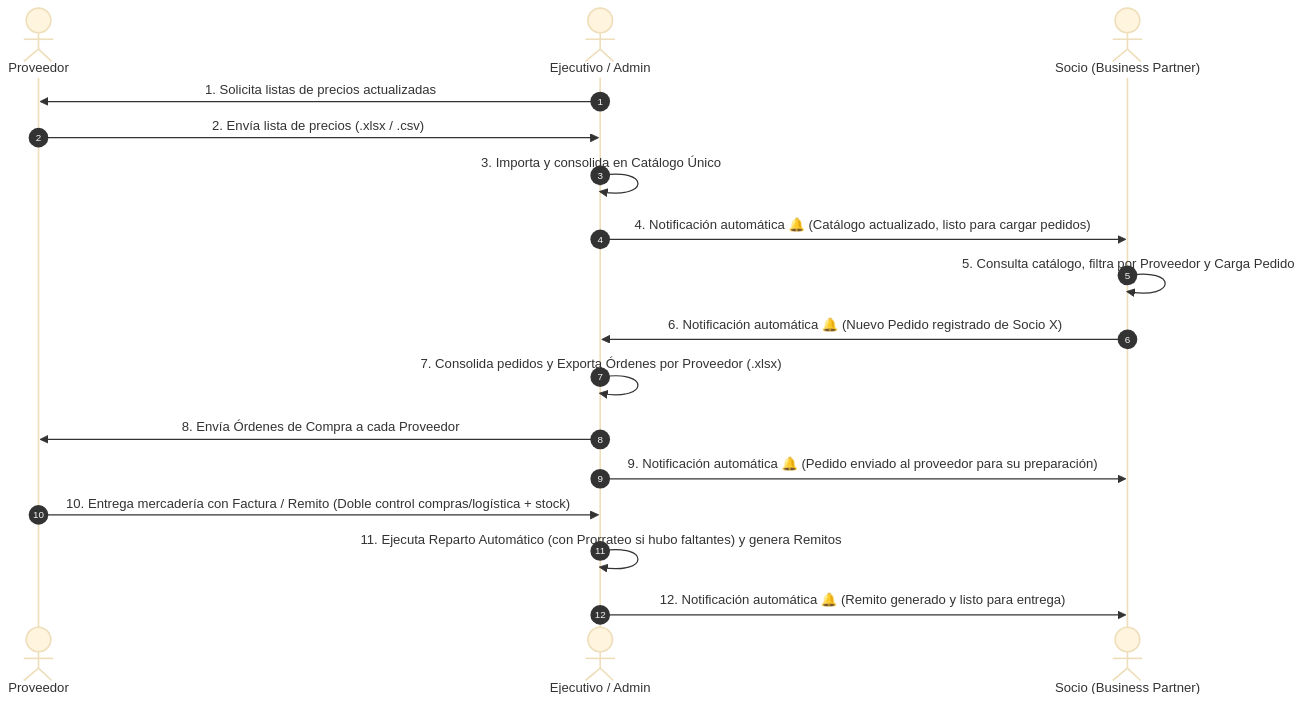
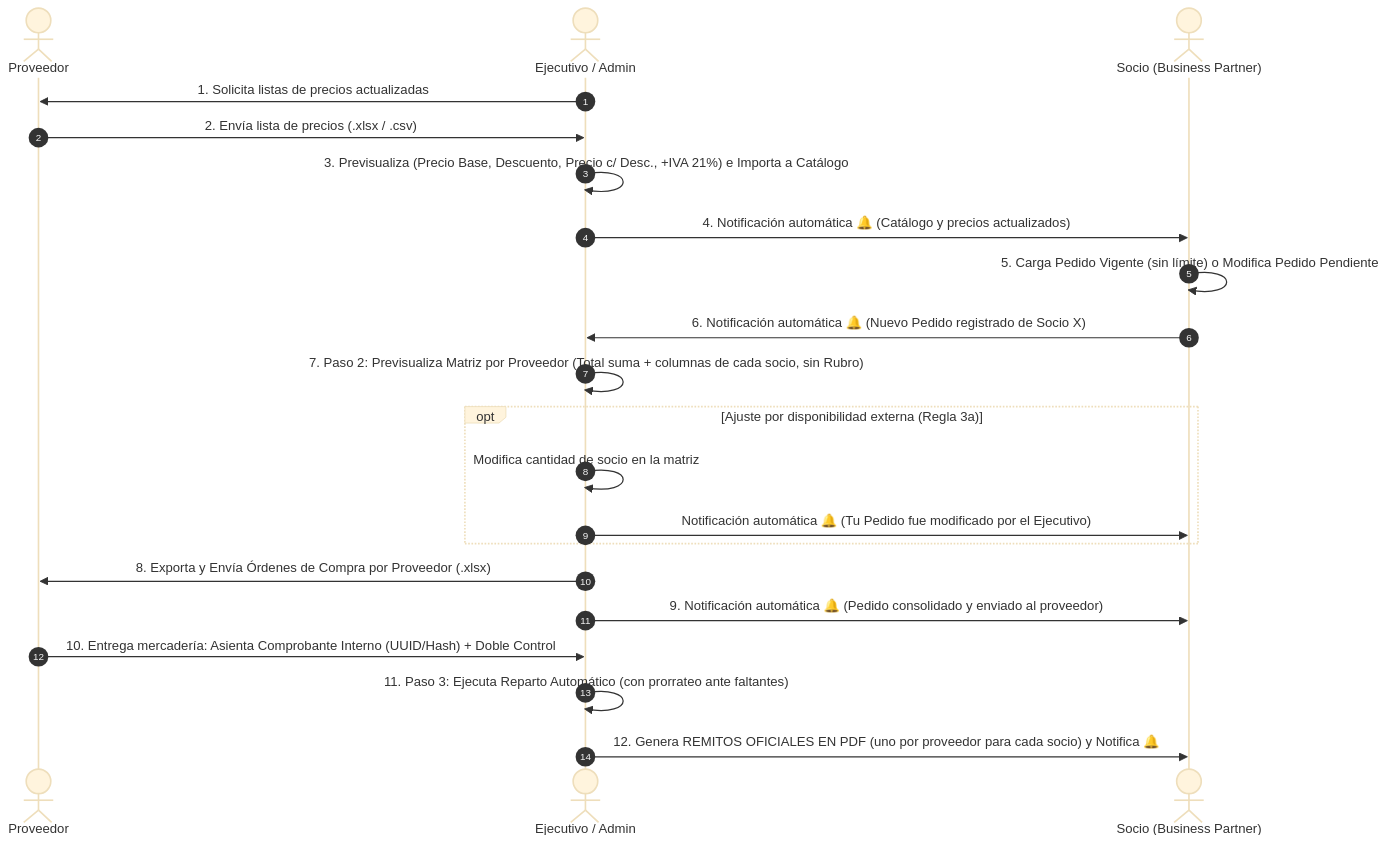
Before and after one commit to benitezluciano/rosario-compras-sistema: the diagram in 🔄 El Circuito Completo Refinado (11 Pasos).md, drawn with Mermaid (base theme). The commit also changed other lines of this file and 32 other files, not shown here.

````diff
--- a/🔄 El Circuito Completo Refinado (11 Pasos).md
+++ b/🔄 El Circuito Completo Refinado (11 Pasos).md
@@ -9,20 +9,24 @@
 ```mermaid
 sequenceDiagram
     autonumber
     actor Prov as Proveedor
     actor Ejec as Ejecutivo / Admin
     actor Socio as Socio (Business Partner)
 
     Ejec->>Prov: 1. Solicita listas de precios actualizadas
     Prov->>Ejec: 2. Envía lista de precios (.xlsx / .csv)
-    Ejec->>Ejec: 3. Importa y consolida en Catálogo Único
-    Ejec->>Socio: 4. Notificación automática 🔔 (Catálogo actualizado, listo para cargar pedidos)
-    Socio->>Socio: 5. Consulta catálogo, filtra por Proveedor y Carga Pedido
+    Ejec->>Ejec: 3. Previsualiza (Precio Base, Descuento, Precio c/ Desc., +IVA 21%) e Importa a Catálogo
+    Ejec->>Socio: 4. Notificación automática 🔔 (Catálogo y precios actualizados)
+    Socio->>Socio: 5. Carga Pedido Vigente (sin límite) o Modifica Pedido Pendiente
     Socio->>Ejec: 6. Notificación automática 🔔 (Nuevo Pedido registrado de Socio X)
-    Ejec->>Ejec: 7. Consolida pedidos y Exporta Órdenes por Proveedor (.xlsx)
-    Ejec->>Prov: 8. Envía Órdenes de Compra a cada Proveedor
-    Ejec->>Socio: 9. Notificación automática 🔔 (Pedido enviado al proveedor para su preparación)
-    Prov->>Ejec: 10. Entrega mercadería con Factura / Remito (Doble control compras/logística + stock)
-    Ejec->>Ejec: 11. Ejecuta Reparto Automático (con Prorrateo si hubo faltantes) y genera Remitos
-    Ejec->>Socio: 12. Notificación automática 🔔 (Remito generado y listo para entrega)
+    Ejec->>Ejec: 7. Paso 2: Previsualiza Matriz por Proveedor (Total suma + columnas de cada socio, sin Rubro)
+    opt Ajuste por disponibilidad externa (Regla 3a)
+        Ejec->>Ejec: Modifica cantidad de socio en la matriz
+        Ejec->>Socio: Notificación automática 🔔 (Tu Pedido fue modificado por el Ejecutivo)
+    end
+    Ejec->>Prov: 8. Exporta y Envía Órdenes de Compra por Proveedor (.xlsx)
+    Ejec->>Socio: 9. Notificación automática 🔔 (Pedido consolidado y enviado al proveedor)
+    Prov->>Ejec: 10. Entrega mercadería: Asienta Comprobante Interno (UUID/Hash) + Doble Control
+    Ejec->>Ejec: 11. Paso 3: Ejecuta Reparto Automático (con prorrateo ante faltantes)
+    Ejec->>Socio: 12. Genera REMITOS OFICIALES EN PDF (uno por proveedor para cada socio) y Notifica 🔔
 ```
````
